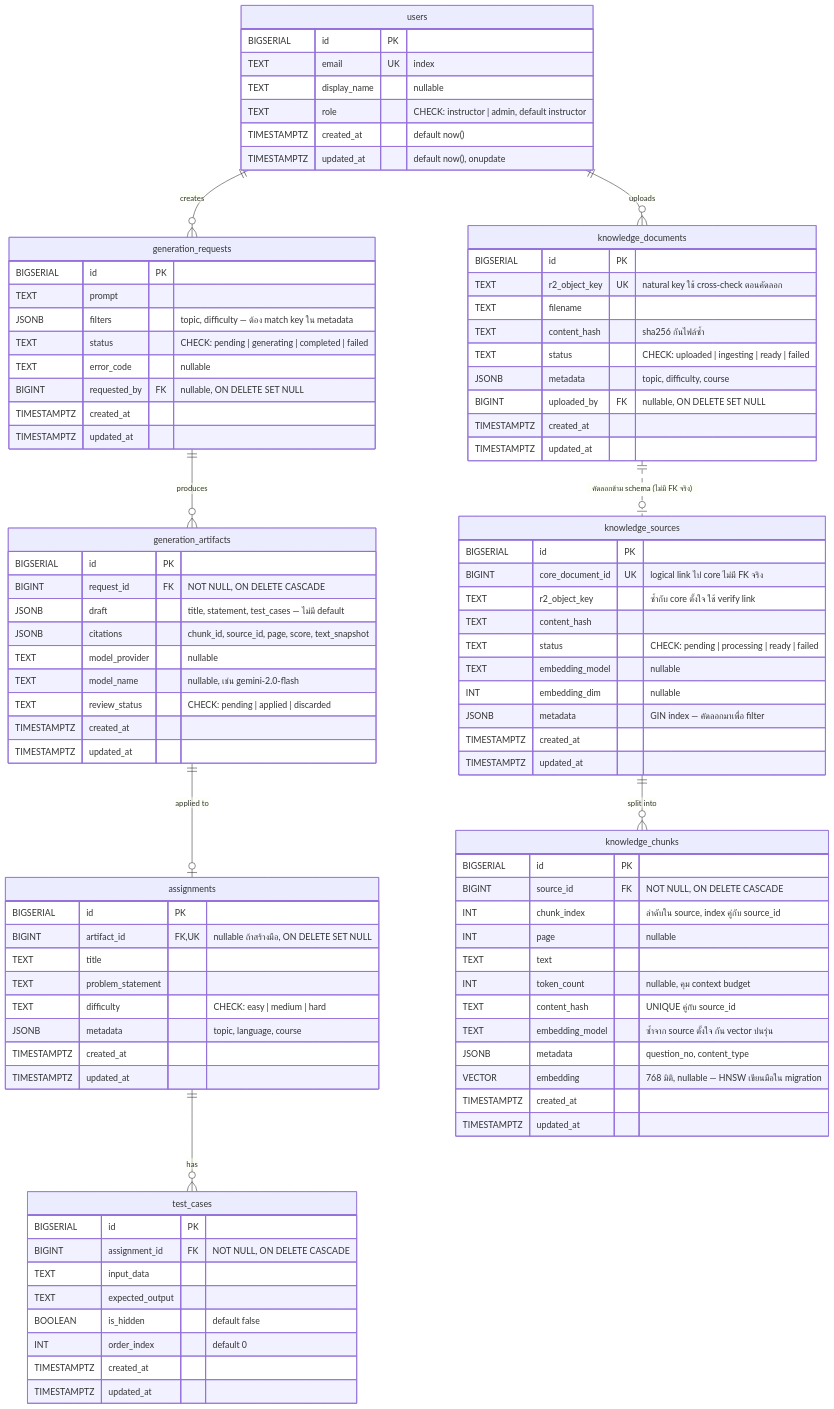
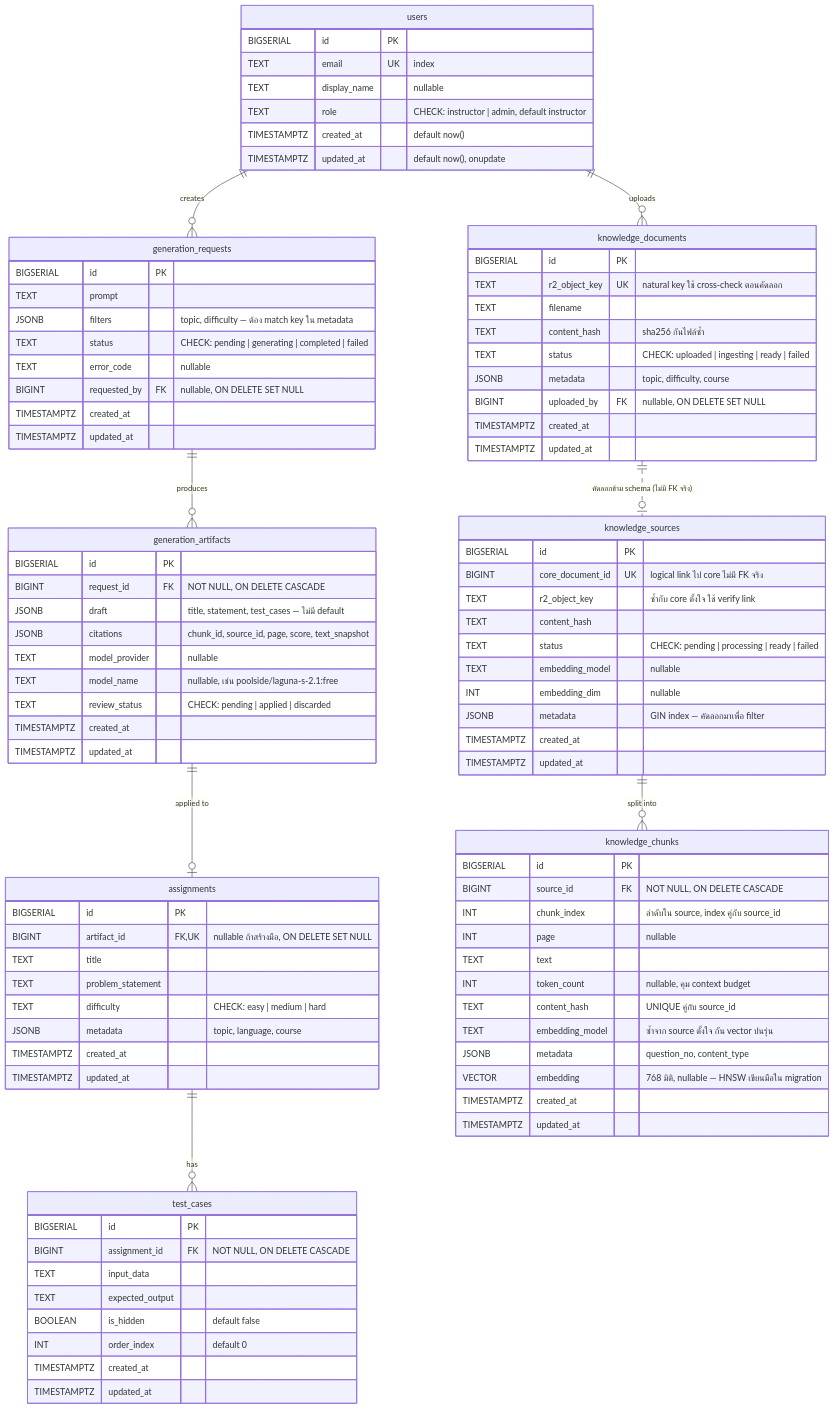
One commit to 03376124-SDD-2-1-69-SEC-1/PyJudge changed the diagram in README.th.md. Above: the diagram before and after it, drawn with Mermaid. The commit also changed other lines of this file and 4 other files, not shown here.

```diff
--- a/README.th.md
+++ b/README.th.md
@@ -380,7 +382,7 @@
         JSONB draft "title, statement, test_cases — ไม่มี default"
         JSONB citations "chunk_id, source_id, page, score, text_snapshot"
         TEXT model_provider "nullable"
-        TEXT model_name "nullable, เช่น gemini-2.0-flash"
+        TEXT model_name "nullable, เช่น poolside/laguna-s-2.1:free"
         TEXT review_status "CHECK: pending | applied | discarded"
         TIMESTAMPTZ created_at
         TIMESTAMPTZ updated_at
```
